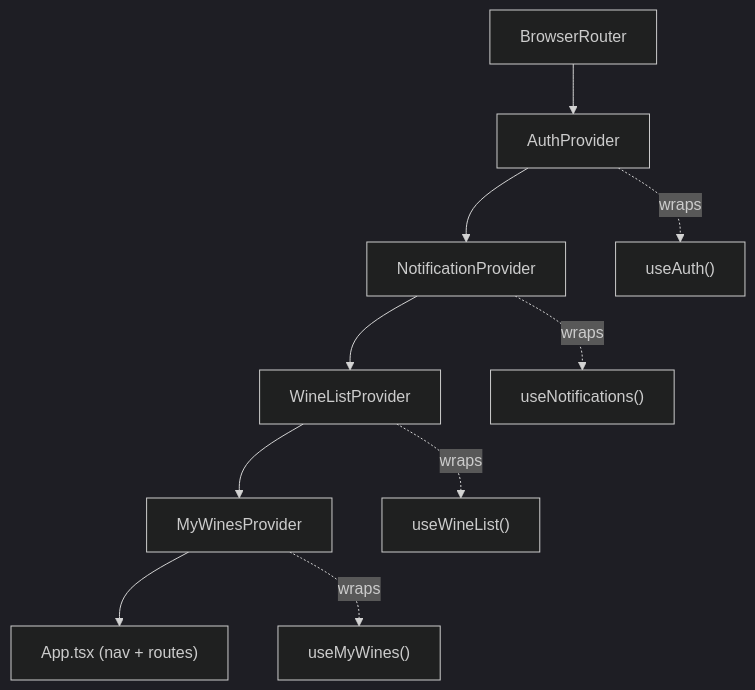
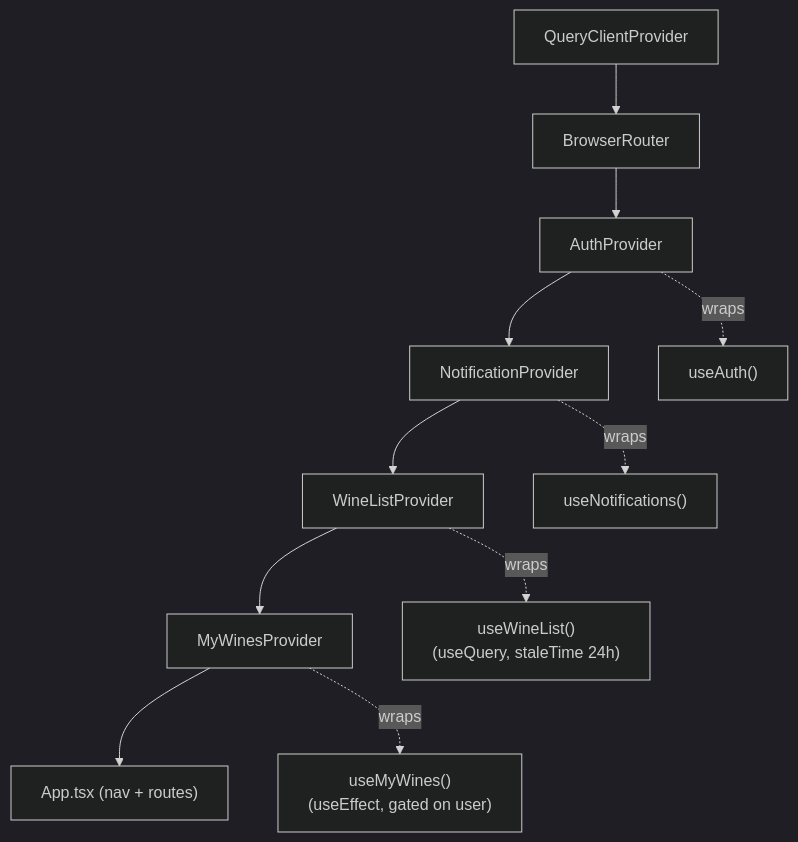
One commit to vsvala/KnowWine-AI changed the first of 6 diagrams in front/docs/ARCHITECTURE.md. Above: the diagram before and after it, drawn with Mermaid (dark theme). The commit also changed other lines of this file and 1 other file, not shown here.

Commit message:
docs:readmeupdate amd test:MyWine fix

````diff
--- a/front/docs/ARCHITECTURE.md
+++ b/front/docs/ARCHITECTURE.md
@@ -67,13 +71,14 @@
 ```mermaid
 graph TD
-    Router["BrowserRouter"] --> AuthProvider
+    QCP["QueryClientProvider"] --> Router["BrowserRouter"]
+    Router --> AuthProvider
     AuthProvider --> NotificationProvider
     NotificationProvider --> WineListProvider
     WineListProvider --> MyWinesProvider
     MyWinesProvider --> App["App.tsx (nav + routes)"]
 
     AuthProvider -.wraps.-> useAuth["useAuth()"]
     NotificationProvider -.wraps.-> useNotifications["useNotifications()"]
-    WineListProvider -.wraps.-> useWineList["useWineList()"]
-    MyWinesProvider -.wraps.-> useMyWines["useMyWines()"]
+    WineListProvider -.wraps.-> useWineList["useWineList()\n(useQuery, staleTime 24h)"]
+    MyWinesProvider -.wraps.-> useMyWines["useMyWines()\n(useEffect, gated on user)"]
 ```
````
